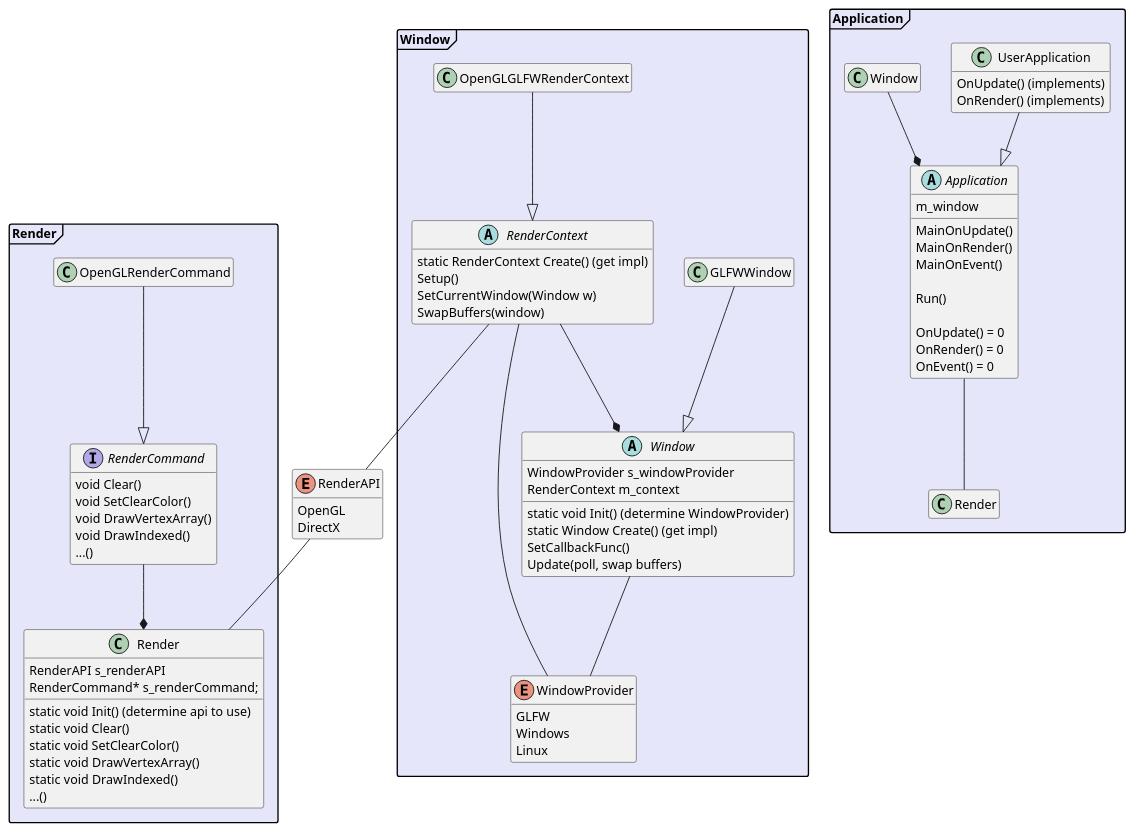
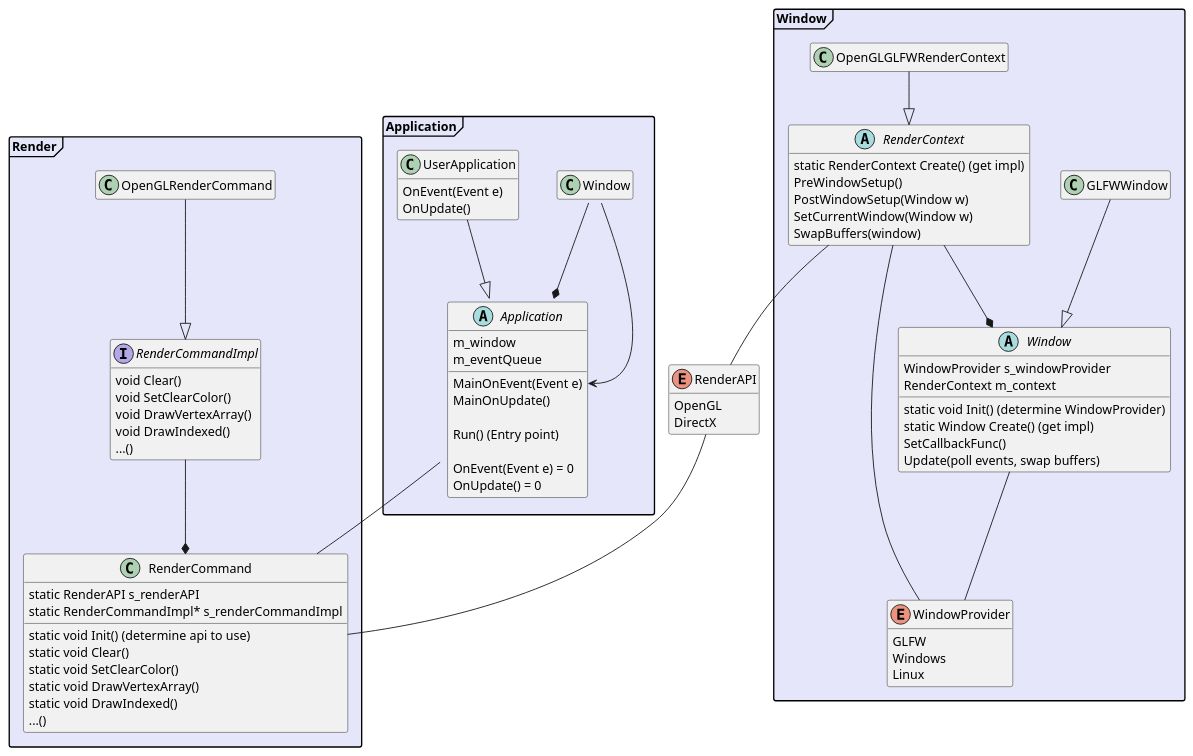
The diagram in Planning/AppRenderWindow.puml (Winter091/Peanut), drawn with PlantUML before and after one commit. The commit also changed 9 other files, not shown here.

Commit message:
Rename Render to RenderCommand

```diff
--- a/Planning/AppRenderWindow.puml
+++ b/Planning/AppRenderWindow.puml
@@ -1,105 +1,103 @@
 @startuml RendererAndWindow
 
 hide empty members
 hide empty methods
 skinparam packageStyle Frame
 skinparam PackageBackgroundColor Lavender
 
 
 enum RenderAPI {
         OpenGL    
         DirectX
     }
 
 
 package Render {
-    interface RenderCommand {
+    interface RenderCommandImpl {
         void Clear()
         void SetClearColor()
         void DrawVertexArray()
         void DrawIndexed()
         ...()
     }
 
-    OpenGLRenderCommand --|> RenderCommand
+    OpenGLRenderCommand --|> RenderCommandImpl
 
-    class Render {
-        RenderAPI s_renderAPI
-        RenderCommand* s_renderCommand;
+    class RenderCommand {
+        static RenderAPI s_renderAPI
+        static RenderCommandImpl* s_renderCommandImpl
 
         static void Init() (determine api to use)
         static void Clear()
         static void SetClearColor()
         static void DrawVertexArray()
         static void DrawIndexed()
         ...()
     }
 
-    RenderCommand --* Render
-    RenderAPI -- Render
+    RenderCommandImpl --* RenderCommand
+    RenderAPI -- RenderCommand
 }
 
 
 package Window {
     enum WindowProvider {
         GLFW
         Windows
         Linux
     }
 
     abstract class Window {
         WindowProvider s_windowProvider
         RenderContext m_context
         static void Init() (determine WindowProvider)
         static Window Create() (get impl)
         SetCallbackFunc()
-        Update(poll, swap buffers)
+        Update(poll events, swap buffers)
     }
 
     GLFWWindow --|> Window
 
     abstract class RenderContext {
         static RenderContext Create() (get impl)
-        Setup()
+        PreWindowSetup()
+        PostWindowSetup(Window w)
         SetCurrentWindow(Window w)
         SwapBuffers(window)
     }
 
     OpenGLGLFWRenderContext --|> RenderContext
     RenderContext --* Window
     Window -- WindowProvider
     RenderContext -- WindowProvider
     RenderContext -- RenderAPI 
 }
 
 
 package Application {
     abstract class Application {
         m_window
+        m_eventQueue
 
+        MainOnEvent(Event e)
+        MainOnUpdate()
 
-        MainOnUpdate()
-        MainOnRender()
-        MainOnEvent()
+        Run() (Entry point)
 
-        Run()
-
+        OnEvent(Event e) = 0
         OnUpdate() = 0
-        OnRender() = 0
-        OnEvent() = 0
     }
 
+    Window::Update --> Application::MainOnEvent
+
     class UserApplication {
-        OnUpdate() (implements)
-        OnRender() (implements)
+        OnEvent(Event e)
+        OnUpdate()
     }
 
     UserApplication --|> Application
     Window --* Application
-    Application -- Render
+    Application -- RenderCommand
 }
 
-
-
-
 @enduml
```
